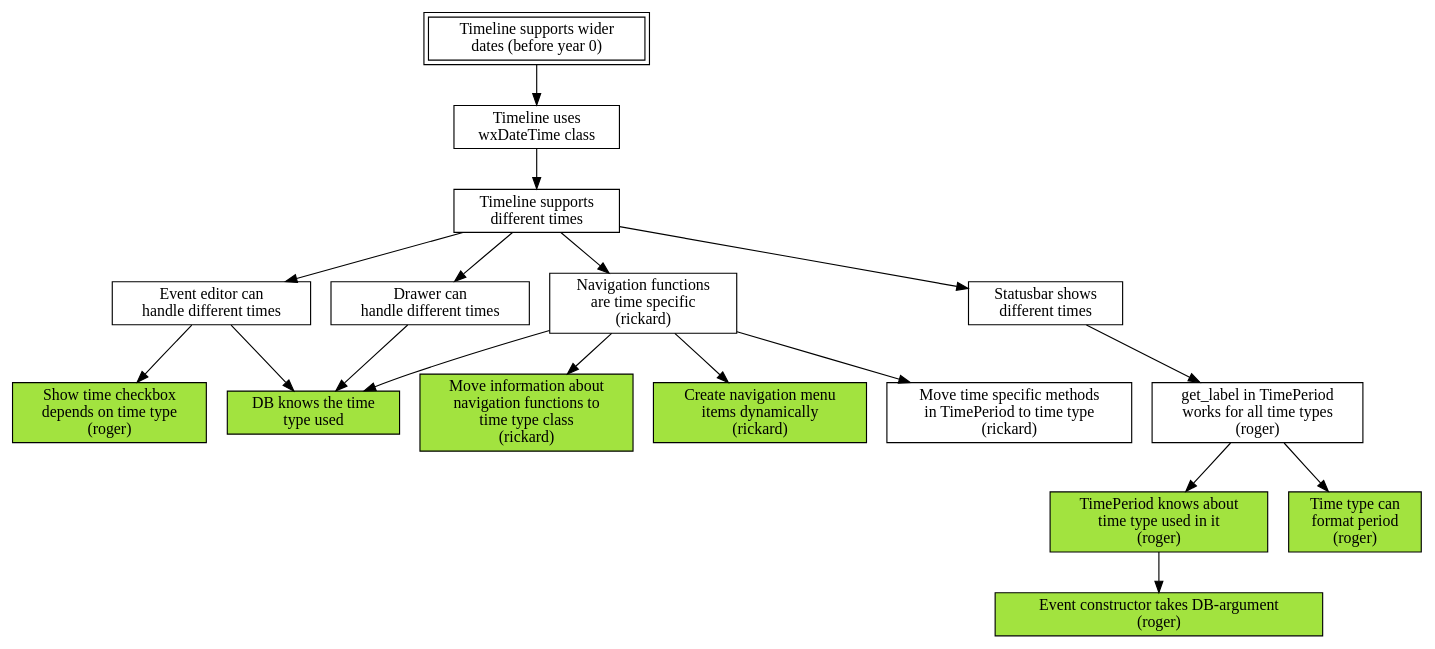
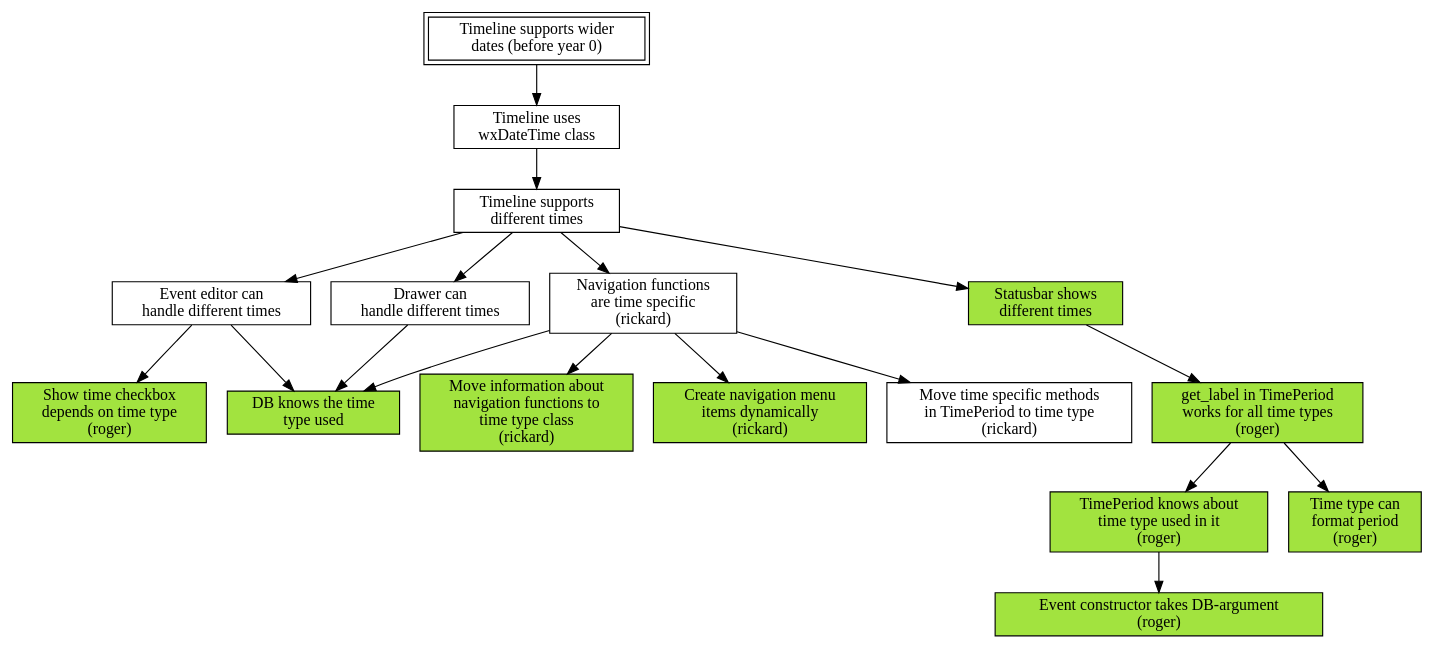
The diagram in mikado.dot (shutaozhenzhen/thetimelineproj), drawn with Graphviz before and after one commit. The commit also changed 2 other files, not shown here.

Commit message:
get_label in TimePeriod works for all time types

```diff
--- a/mikado.dot
+++ b/mikado.dot
@@ -1,63 +1,65 @@
 digraph mikado
 {
     node [shape=box];
 
     wider_dates [label="Timeline supports wider\ndates (before year 0)"];
     wider_dates [peripheries=2];
         wider_dates -> switch_to_wx_time;
 
     switch_to_wx_time [label="Timeline uses\nwxDateTime class"];
         switch_to_wx_time -> different_time;
 
     different_time [label="Timeline supports\ndifferent times "];
         different_time -> event_editor;
         different_time -> drawer;
         different_time -> navigation;
         different_time -> status_bar;
 
     event_editor [label="Event editor can\nhandle different times"];
         event_editor -> show_time;
         event_editor -> db_has_type_info;
 
     drawer [label="Drawer can\nhandle different times"];
         drawer -> db_has_type_info;
 
     navigation [label="Navigation functions\nare time specific\n(rickard)"];
         navigation -> db_has_type_info;
         navigation -> move_nav_to_time_type;
         navigation -> create_menu_items_dynamically;
         navigation -> time_period;
 
     status_bar [label="Statusbar shows\ndifferent times"];
+    status_bar [style=filled,fillcolor="#A2E33F"];
         status_bar -> get_label;
         get_label -> time_period_knows_type;
 
     get_label [label="get_label in TimePeriod\nworks for all time types\n(roger)"];
+    get_label [style=filled,fillcolor="#A2E33F"];
         get_label -> type_format;
 
     time_period_knows_type [label="TimePeriod knows about\ntime type used in it\n(roger)"];
     time_period_knows_type [style=filled,fillcolor="#A2E33F"];
 	time_period_knows_type -> event_constructor;
 
     // Leaves
 
     show_time [label="Show time checkbox\ndepends on time type\n(roger)"];
     show_time [style=filled,fillcolor="#A2E33F"];
 
     db_has_type_info [label="DB knows the time\ntype used"];
     db_has_type_info [style=filled,fillcolor="#A2E33F"];
 
     move_nav_to_time_type [label="Move information about\nnavigation functions to\ntime type class\n(rickard)"];
     move_nav_to_time_type [style=filled,fillcolor="#A2E33F"];
 
     create_menu_items_dynamically [label="Create navigation menu\nitems dynamically\n(rickard)"];
     create_menu_items_dynamically [style=filled,fillcolor="#A2E33F"];
 
     time_period [label="Move time specific methods\nin TimePeriod to time type\n(rickard)"];
 
     type_format [label="Time type can\nformat period\n(roger)"];
     type_format [style=filled,fillcolor="#A2E33F"];
     
     event_constructor [label="Event constructor takes DB-argument\n(roger)"];
     event_constructor [style=filled,fillcolor="#A2E33F"];
 }
```
